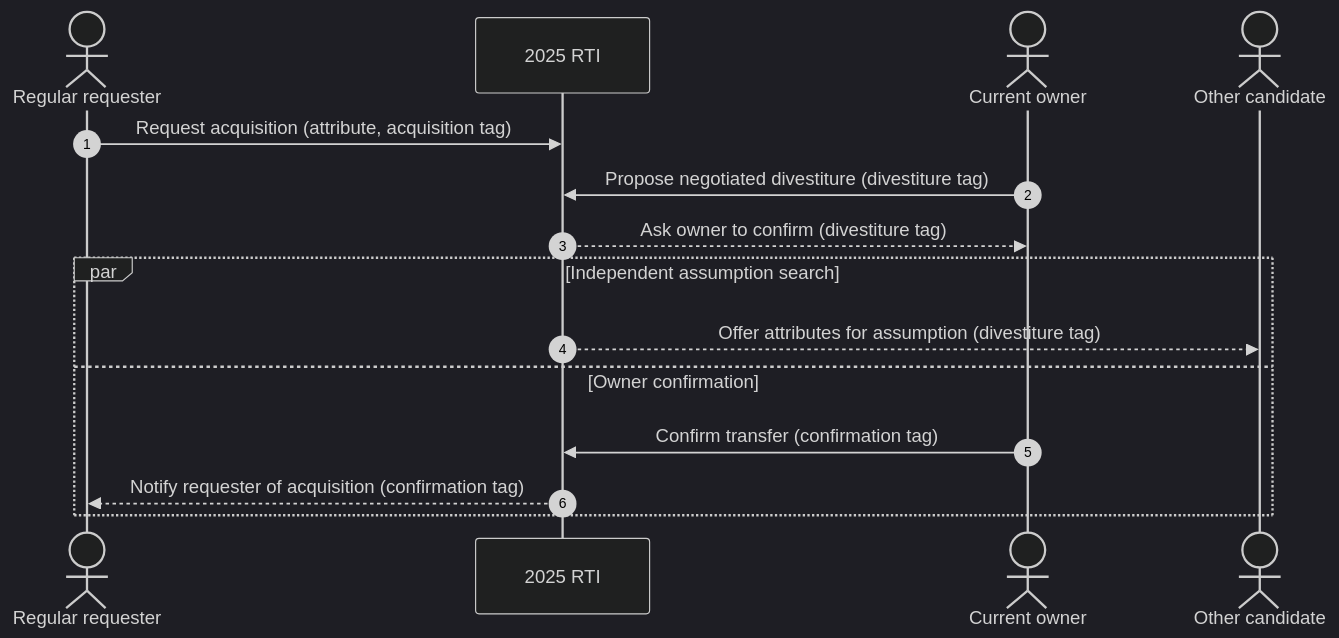
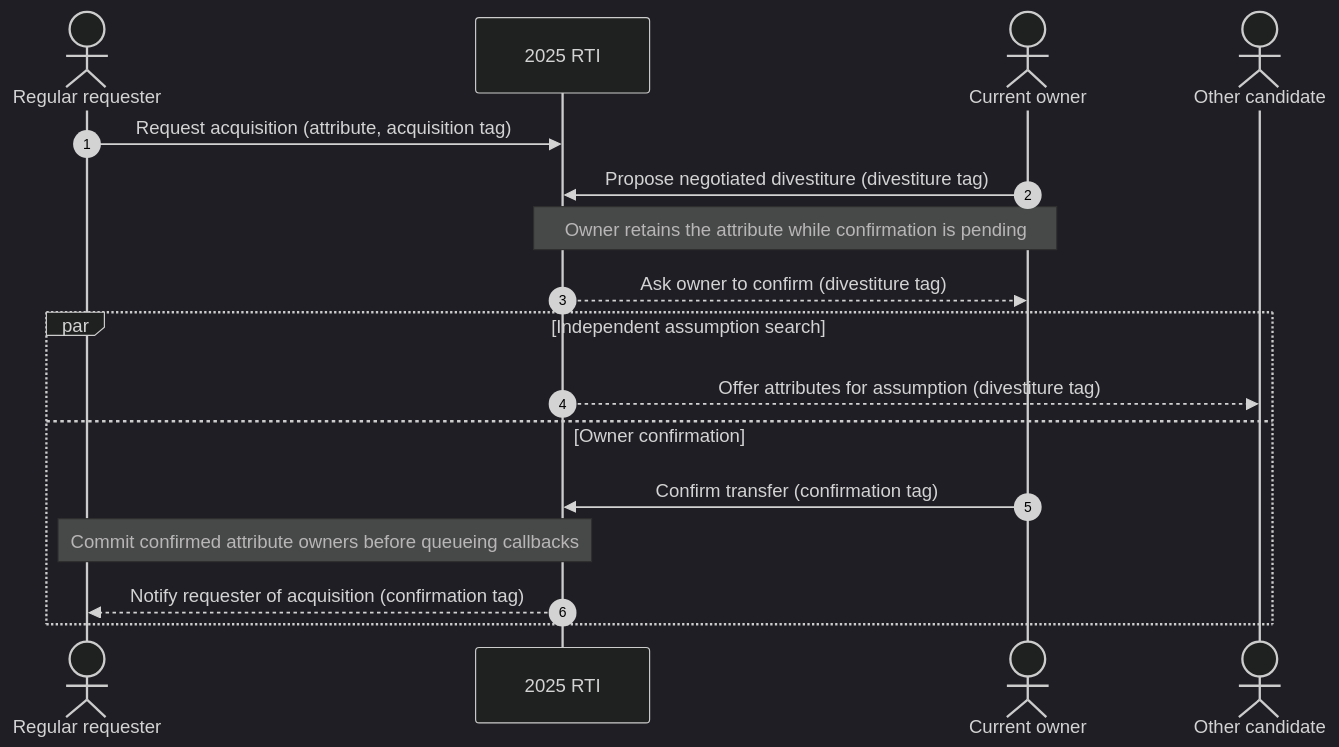
Diagram 18 of 36 in docs/design/HLA-2025-ATTRIBUTE-OWNERSHIP-FLOW-GUIDE.md (sheepfling/umbra), drawn with Mermaid (dark theme) before and after one commit. The commit also changed other lines of this file and 39 other files, not shown here.

Commit message:
Document IEEE 1516.1-2025 behavior flows

````diff
--- a/docs/design/HLA-2025-ATTRIBUTE-OWNERSHIP-FLOW-GUIDE.md
+++ b/docs/design/HLA-2025-ATTRIBUTE-OWNERSHIP-FLOW-GUIDE.md
@@ -1077,18 +1237,20 @@
 ```mermaid
 sequenceDiagram
   autonumber
   actor B as Regular requester
   participant RTI as 2025 RTI
   actor A as Current owner
   actor C as Other candidate
 
   B->>RTI: Request acquisition (attribute, acquisition tag)
   A->>RTI: Propose negotiated divestiture (divestiture tag)
+   Note over RTI,A: Owner retains the attribute while confirmation is pending
   RTI-->>A: Ask owner to confirm (divestiture tag)
   par Independent assumption search
     RTI-->>C: Offer attributes for assumption (divestiture tag)
   and Owner confirmation
     A->>RTI: Confirm transfer (confirmation tag)
+     Note over RTI,B: Commit confirmed attribute owners before queueing callbacks
     RTI-->>B: Notify requester of acquisition (confirmation tag)
   end
 ```
````
